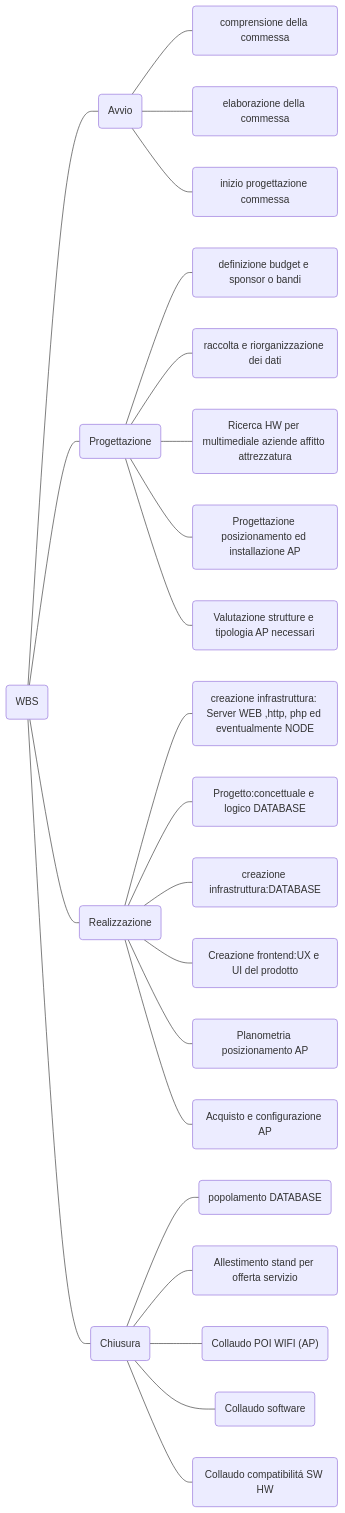
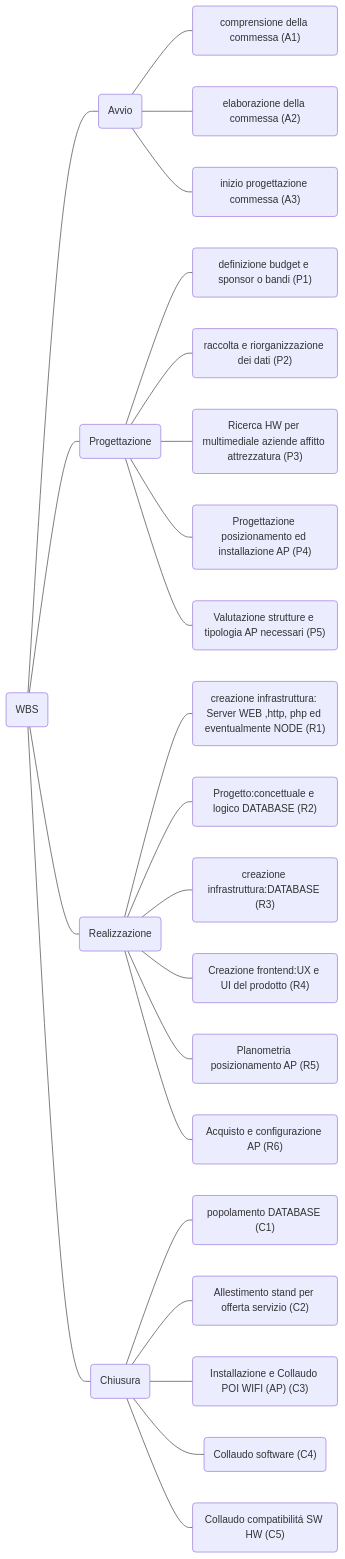
Before and after one commit to Iprite127/POI-WiFi: the diagram in WBS.md, drawn with Mermaid. The commit also changed 6 other files, not shown here.

Commit message:
conclusione diagramma GANTT

````diff
--- a/WBS.md
+++ b/WBS.md
@@ -1,32 +1,32 @@
 ```mermaid
 graph LR
     start(WBS) --- A(Avvio)
-    A(Avvio) --- A1(comprensione della commessa)
-    A(Avvio) --- A2(elaborazione della commessa)
-    A(Avvio) --- A3(inizio progettazione commessa)
+    A(Avvio) --- A1("comprensione della commessa (A1)")
+    A(Avvio) --- A2("elaborazione della commessa (A2)")
+    A(Avvio) --- A3("inizio progettazione commessa (A3)")
 
     start(WBS) --- B(Progettazione)
-    B(Progettazione) --- B1(definizione budget e sponsor o bandi)
-    B(Progettazione) --- B2(raccolta e riorganizzazione dei dati)
-    B(Progettazione) --- B3(Ricerca HW per multimediale aziende affitto attrezzatura)
-    B(Progettazione) --- B4(Progettazione posizionamento ed installazione AP)
-    B(Progettazione) --- B5(Valutazione strutture e tipologia AP necessari)
+    B(Progettazione) --- B1("definizione budget e sponsor o bandi (P1)")
+    B(Progettazione) --- B2("raccolta e riorganizzazione dei dati (P2)")
+    B(Progettazione) --- B3("Ricerca HW per multimediale aziende affitto attrezzatura (P3)")
+    B(Progettazione) --- B4("Progettazione posizionamento ed installazione AP (P4)")
+    B(Progettazione) --- B5("Valutazione strutture e tipologia AP necessari (P5)")
 
 
 
     start(WBS) --- C(Realizzazione)
-    C(Realizzazione) --- C1("creazione infrastruttura: Server WEB ,http, php ed eventualmente NODE")
-    C(Realizzazione) --- C2("Progetto:concettuale e logico DATABASE")
-    C(Realizzazione) --- C3(creazione infrastruttura:DATABASE)
-    C(Realizzazione) --- C4("Creazione frontend:UX e UI del prodotto")
-    C(Realizzazione) --- C5("Planometria posizionamento AP")
-    C(Realizzazione) --- C6("Acquisto e configurazione AP")
+    C(Realizzazione) --- C1("creazione infrastruttura: Server WEB ,http, php ed eventualmente NODE (R1)")
+    C(Realizzazione) --- C2("Progetto:concettuale e logico DATABASE (R2)")
+    C(Realizzazione) --- C3("creazione infrastruttura:DATABASE (R3)")
+    C(Realizzazione) --- C4("Creazione frontend:UX e UI del prodotto (R4)")
+    C(Realizzazione) --- C5("Planometria posizionamento AP (R5)")
+    C(Realizzazione) --- C6("Acquisto e configurazione AP (R6)")
 
 
     start(WBS) --- D(Chiusura)
-    D(Chiusura) --- D1(popolamento DATABASE)
-    D(Chiusura) --- D2(Allestimento stand per offerta servizio)
-    D(Chiusura) --- D3("Collaudo POI WIFI (AP)")
-    D(Chiusura) --- D4(Collaudo software )
-    D(Chiusura) --- D5(Collaudo compatibilitá SW HW)
+    D(Chiusura) --- D1("popolamento DATABASE (C1)")
+    D(Chiusura) --- D2("Allestimento stand per offerta servizio (C2)")
+    D(Chiusura) --- D3("Installazione e Collaudo POI WIFI (AP) (C3)")
+    D(Chiusura) --- D4("Collaudo software (C4)")
+    D(Chiusura) --- D5("Collaudo compatibilitá SW HW (C5)")
 ```
````
